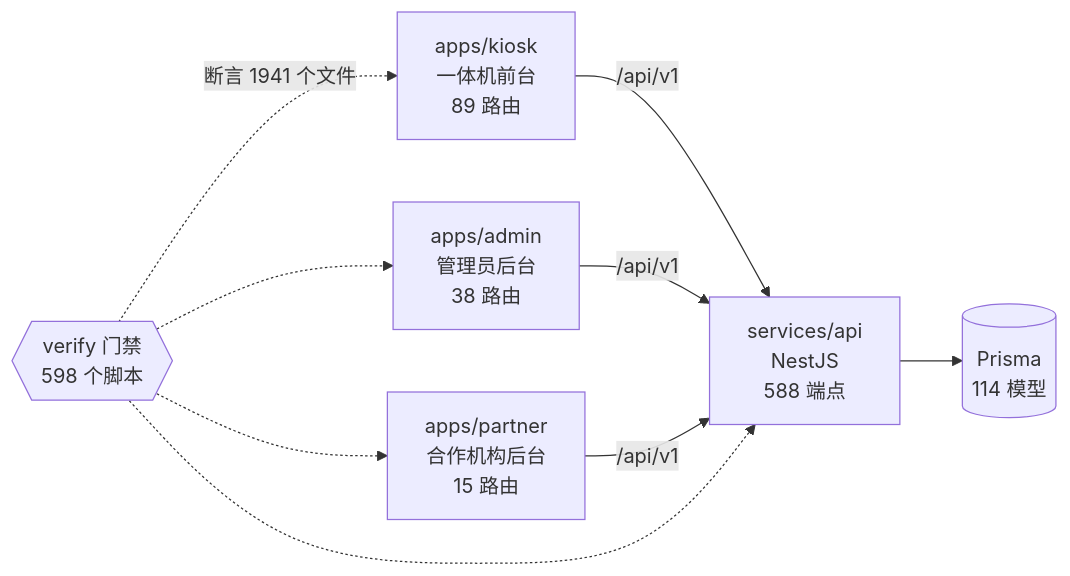
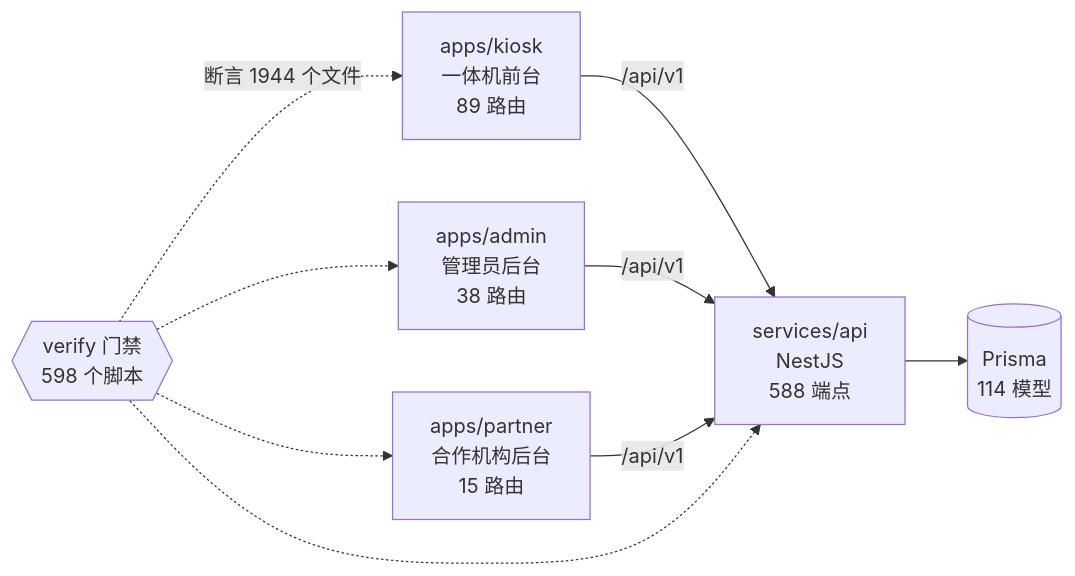
Before and after one commit to wanglei581/YITIJI: the diagram in docs/graph/README.md, drawn with Mermaid. The commit also changed other lines of this file and 1 other file, not shown here.

Commit message:
chore(graph): 第七次第七块批次合入后重生图谱

````diff
--- a/docs/graph/README.md
+++ b/docs/graph/README.md
@@ -68,18 +68,18 @@
 ```mermaid
 flowchart LR
   kiosk["apps/kiosk<br/>一体机前台<br/>89 路由"]
   admin["apps/admin<br/>管理员后台<br/>38 路由"]
   partner["apps/partner<br/>合作机构后台<br/>15 路由"]
   api["services/api<br/>NestJS<br/>588 端点"]
   db[("Prisma<br/>114 模型")]
   gates{{"verify 门禁<br/>598 个脚本"}}
 
   kiosk -->|"/api/v1"| api
   admin -->|"/api/v1"| api
   partner -->|"/api/v1"| api
   api --> db
-  gates -.->|"断言 1941 个文件"| kiosk
+  gates -.->|"断言 1944 个文件"| kiosk
   gates -.-> admin
   gates -.-> partner
   gates -.-> api
 ```
````
